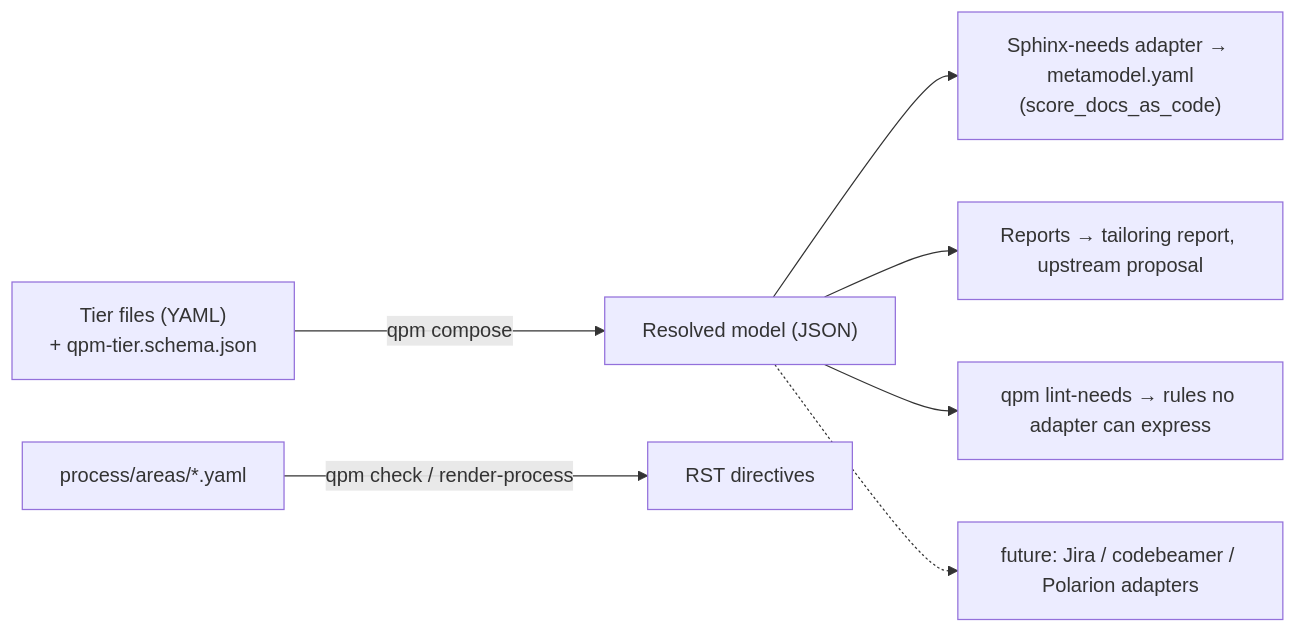
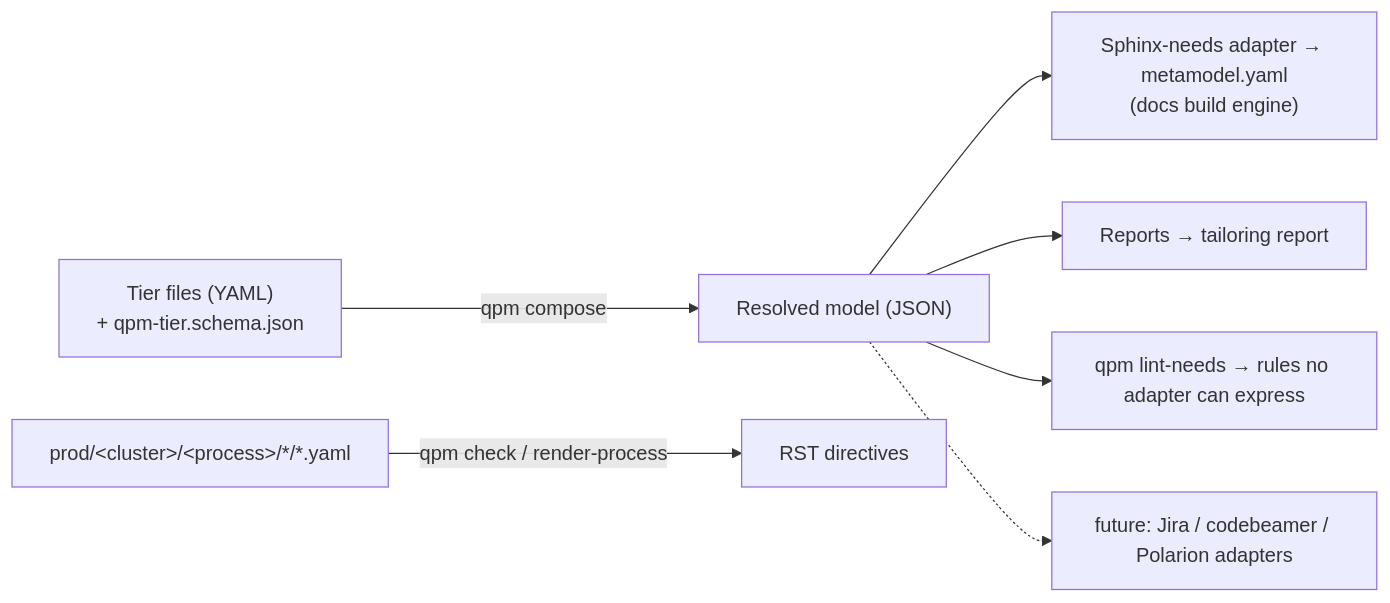
One commit to SwatiDavari/Qorix-Process-Hub-Test changed the second of 2 diagrams in DESIGN.md. Above: the diagram before and after it, drawn with Mermaid. The commit also changed other lines of this file and 217 other files, not shown here.

Commit message:
Qorix Process Hub: Needs/Missions/Concepts/Realization/Assemblies/Dist, Qorix GitHub link

````diff
--- a/DESIGN.md
+++ b/DESIGN.md
@@ -67,9 +57,9 @@
 ```mermaid
 flowchart LR
     T["Tier files (YAML)<br/>+ qpm-tier.schema.json"] -->|qpm compose| R["Resolved model (JSON)"]
-    C["process/areas/*.yaml"] -->|qpm check / render-process| RST["RST directives"]
-    R --> A1["Sphinx-needs adapter → metamodel.yaml<br/>(score_docs_as_code)"]
-    R --> A2["Reports → tailoring report, upstream proposal"]
+    C["prod/&lt;cluster&gt;/&lt;process&gt;/*/*.yaml"] -->|qpm check / render-process| RST["RST directives"]
+    R --> A1["Sphinx-needs adapter → metamodel.yaml<br/>(docs build engine)"]
+    R --> A2["Reports → tailoring report"]
     R --> A3["qpm lint-needs → rules no adapter can express"]
     R -.-> A4["future: Jira / codebeamer / Polarion adapters"]
 ```
````
